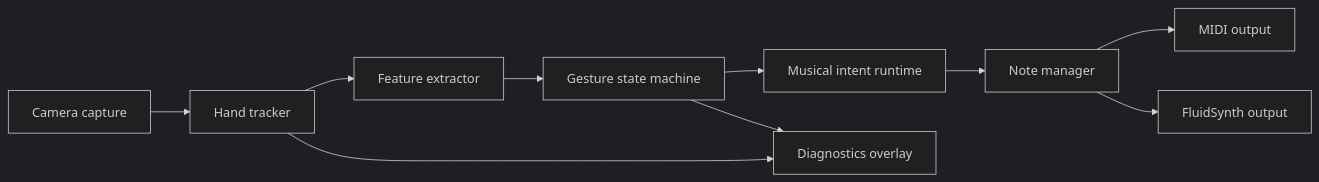
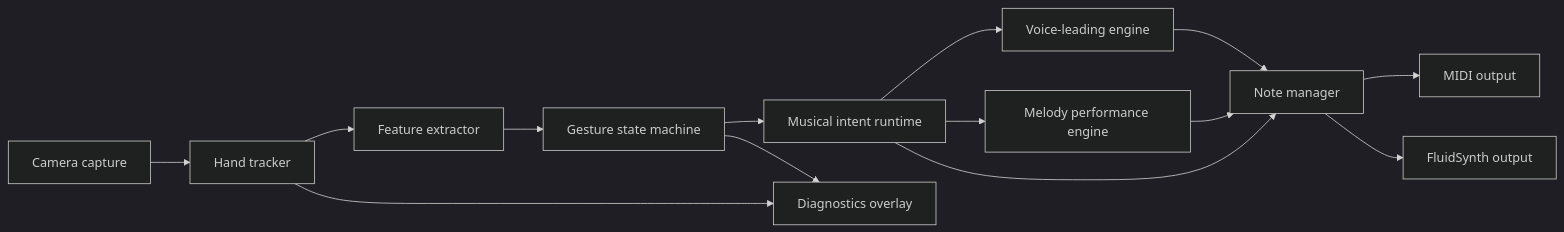
One commit to shishirsambabu/sammyblaze.wav changed the diagram in docs/ARCHITECTURE.md. Above: the diagram before and after it, drawn with Mermaid (dark theme). The commit also changed other lines of this file and 16 other files, not shown here.

Commit message:
add expressive keyboardist performance engine

````diff
--- a/docs/ARCHITECTURE.md
+++ b/docs/ARCHITECTURE.md
@@ -3,12 +3,16 @@
 ```mermaid
 flowchart LR
   C[Camera capture] --> T[Hand tracker]
   T --> F[Feature extractor]
   F --> G[Gesture state machine]
   G --> I[Musical intent runtime]
+  I --> V[Voice-leading engine]
+  I --> M[Melody performance engine]
+  V --> N[Note manager]
+  M --> N
   I --> N[Note manager]
   N --> O1[MIDI output]
   N --> O2[FluidSynth output]
   T --> U[Diagnostics overlay]
   G --> U
 ```
````
